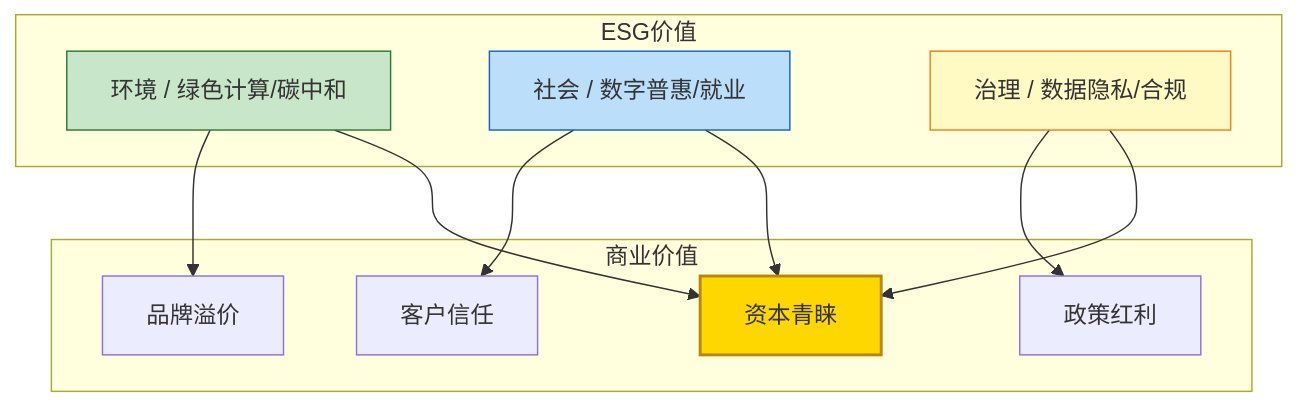
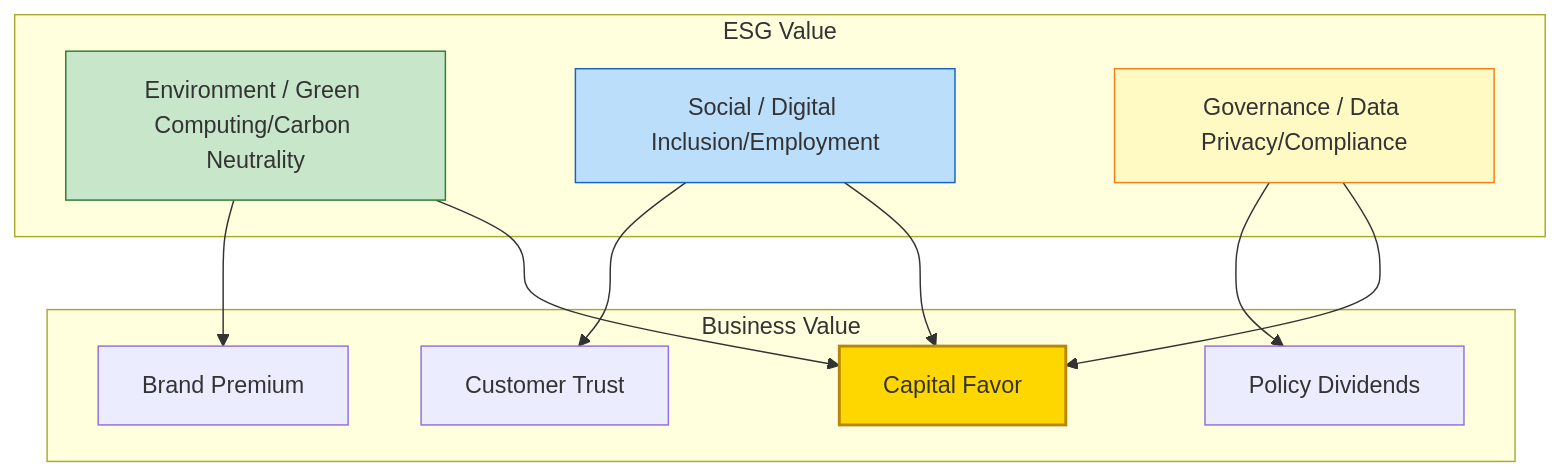
Before and after one commit to Kirky-X/cangjie: diagram 15 of 15 in templates/【模板】商业模式文档.md, drawn with Mermaid. The commit also changed other lines of this file and 12 other files, not shown here.

````diff
--- a/templates/【模板】商业模式文档.md
+++ b/templates/【模板】商业模式文档.md
@@ -602,27 +602,27 @@
 ```mermaid
 graph TB
-    subgraph ESG价值
-        E[环境 / 绿色计算/碳中和]
-        S[社会 / 数字普惠/就业]
-        G[治理 / 数据隐私/合规]
+    subgraph ESG Value
+        E[Environment / Green Computing/Carbon Neutrality]
+        S[Social / Digital Inclusion/Employment]
+        G[Governance / Data Privacy/Compliance]
     end
 
-    subgraph 商业价值
-        B1[品牌溢价]
-        B2[客户信任]
-        B3[政策红利]
-        B4[资本青睐]
+    subgraph Business Value
+        B1[Brand Premium]
+        B2[Customer Trust]
+        B3[Policy Dividends]
+        B4[Capital Favor]
     end
 
     E --> B1
     S --> B2
     G --> B3
     E --> B4
     S --> B4
     G --> B4
 
     style E fill:#c8e6c9,stroke:#2e7d32
     style S fill:#bbdefb,stroke:#1565c0
     style G fill:#fff9c4,stroke:#f57f17
     style B4 fill:#ffd700,stroke:#b8860b,stroke-width:2px
 ```
````
